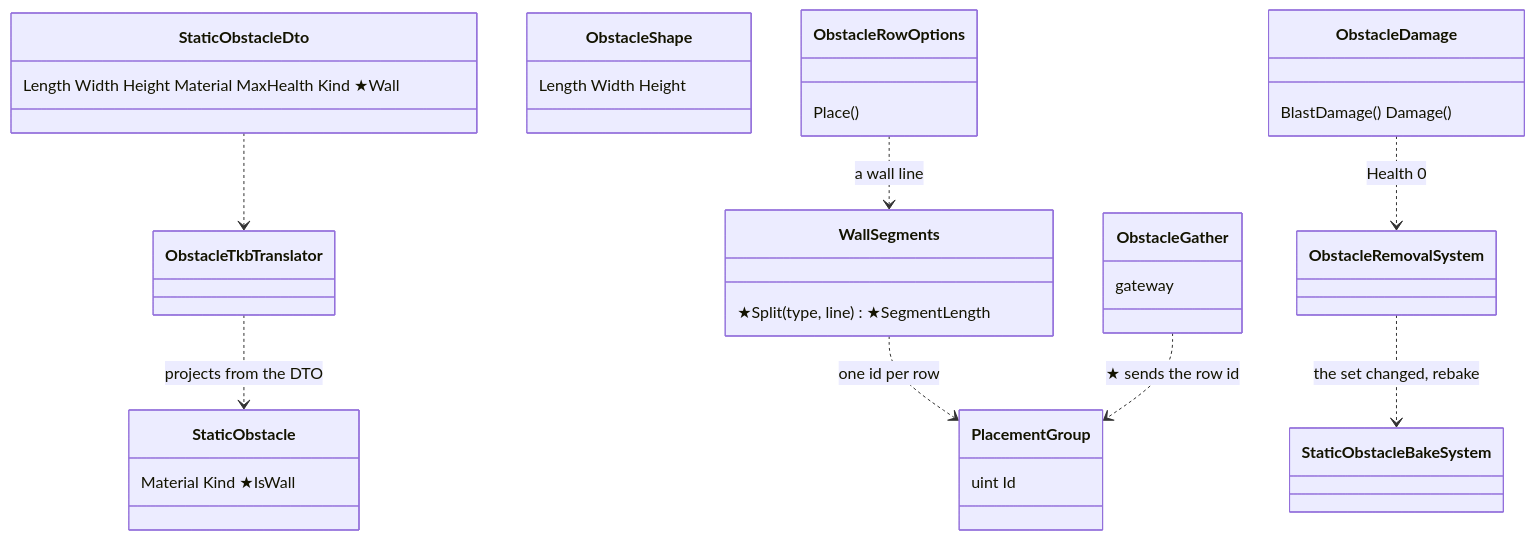
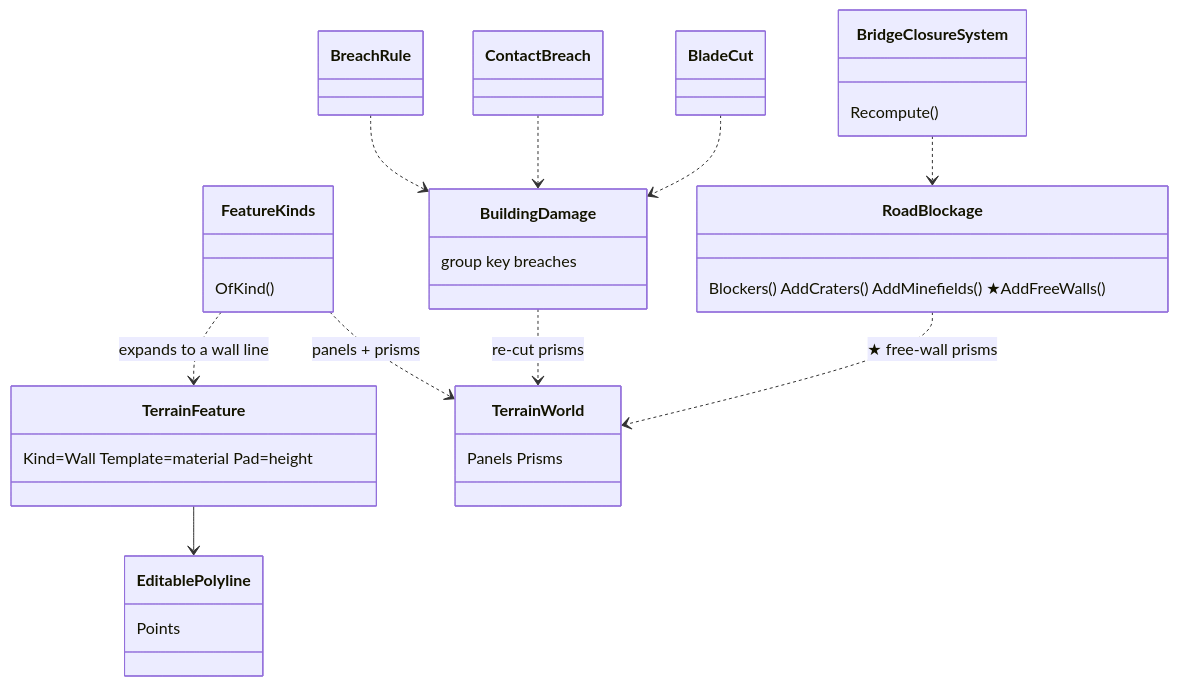
The first of 3 diagrams in docs/designs/engineering/DESIGN_Breachable_Obstacle_Walls.md (pjanec/HROT), drawn with Mermaid before and after one commit. The commit also changed other lines of this file, not shown here.

First line of the commit message:
R-11022: breachable walls design rev 2 - a placed wall is a terrain-feature wall (segments withdrawn to HISTORY); review pending

````diff
--- a/docs/designs/engineering/DESIGN_Breachable_Obstacle_Walls.md
+++ b/docs/designs/engineering/DESIGN_Breachable_Obstacle_Walls.md
@@ -57,21 +65,22 @@
 ```mermaid
 classDiagram
-  class StaticObstacleDto { Length Width Height Material MaxHealth Kind ★Wall }
-  class StaticObstacle { Material Kind ★IsWall }
-  class ObstacleShape { Length Width Height }
-  class PlacementGroup { uint Id }
-  class ObstacleTkbTranslator
-  class WallSegments { ★Split(type, line) ★SegmentLength }
-  class ObstacleRowOptions { Place() }
-  class ObstacleDamage { BlastDamage() Damage() }
-  class ObstacleRemovalSystem
-  class StaticObstacleBakeSystem
-  class ObstacleGather { gateway }
-  ObstacleTkbTranslator ..> StaticObstacle : projects from the DTO
-  StaticObstacleDto ..> ObstacleTkbTranslator
-  ObstacleRowOptions ..> WallSegments : a wall line
-  WallSegments ..> PlacementGroup : one id per row
-  ObstacleDamage ..> ObstacleRemovalSystem : Health 0
-  ObstacleRemovalSystem ..> StaticObstacleBakeSystem : the set changed, rebake
-  ObstacleGather ..> PlacementGroup : ★ sends the row id
+  class TerrainFeature { Kind=Wall Template=material Pad=height }
+  class EditablePolyline { Points }
+  class FeatureKinds { OfKind() }
+  class TerrainWorld { Panels Prisms }
+  class BuildingDamage { group key breaches }
+  class BreachRule
+  class ContactBreach
+  class BladeCut
+  class RoadBlockage { Blockers() AddCraters() AddMinefields() ★AddFreeWalls() }
+  class BridgeClosureSystem { Recompute() }
+  TerrainFeature --> EditablePolyline
+  FeatureKinds ..> TerrainFeature : expands to a wall line
+  FeatureKinds ..> TerrainWorld : panels + prisms
+  BreachRule ..> BuildingDamage
+  ContactBreach ..> BuildingDamage
+  BladeCut ..> BuildingDamage
+  BuildingDamage ..> TerrainWorld : re-cut prisms
+  BridgeClosureSystem ..> RoadBlockage
+  RoadBlockage ..> TerrainWorld : ★ free-wall prisms
 ```
````
